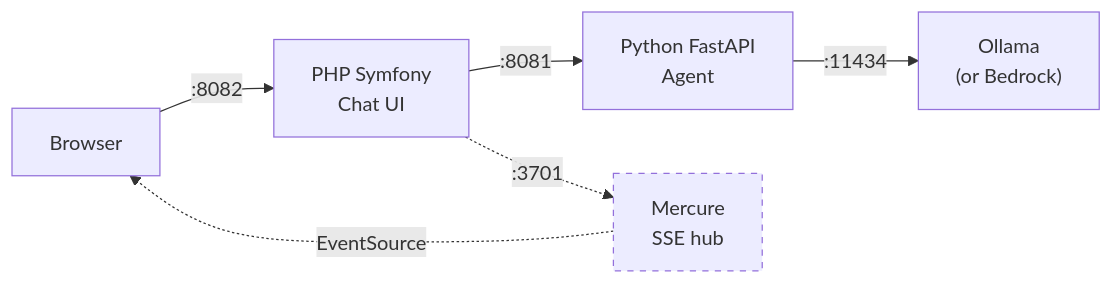
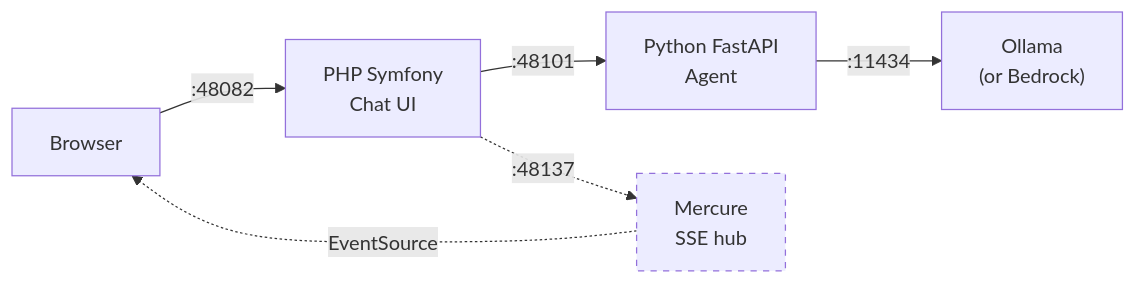
The first of 2 diagrams in docs/local-development.md (blundergoat/ambient-scribe), drawn with Mermaid before and after one commit. The commit also changed other lines of this file and 63 other files, not shown here.

````diff
--- a/docs/local-development.md
+++ b/docs/local-development.md
@@ -57,10 +57,10 @@
 ```mermaid
 graph LR
-    Browser -->|":8082"| PHP["PHP Symfony<br/>Chat UI"]
-    PHP -->|":8081"| Agent["Python FastAPI<br/>Agent"]
+    Browser -->|":48082"| PHP["PHP Symfony<br/>Chat UI"]
+    PHP -->|":48101"| Agent["Python FastAPI<br/>Agent"]
     Agent -->|":11434"| LLM["Ollama<br/>(or Bedrock)"]
-    PHP -.->|":3701"| Mercure["Mercure<br/>SSE hub"]
+    PHP -.->|":48137"| Mercure["Mercure<br/>SSE hub"]
     Mercure -.->|"EventSource"| Browser
 
     style Mercure stroke-dasharray: 5 5
 ```
````
